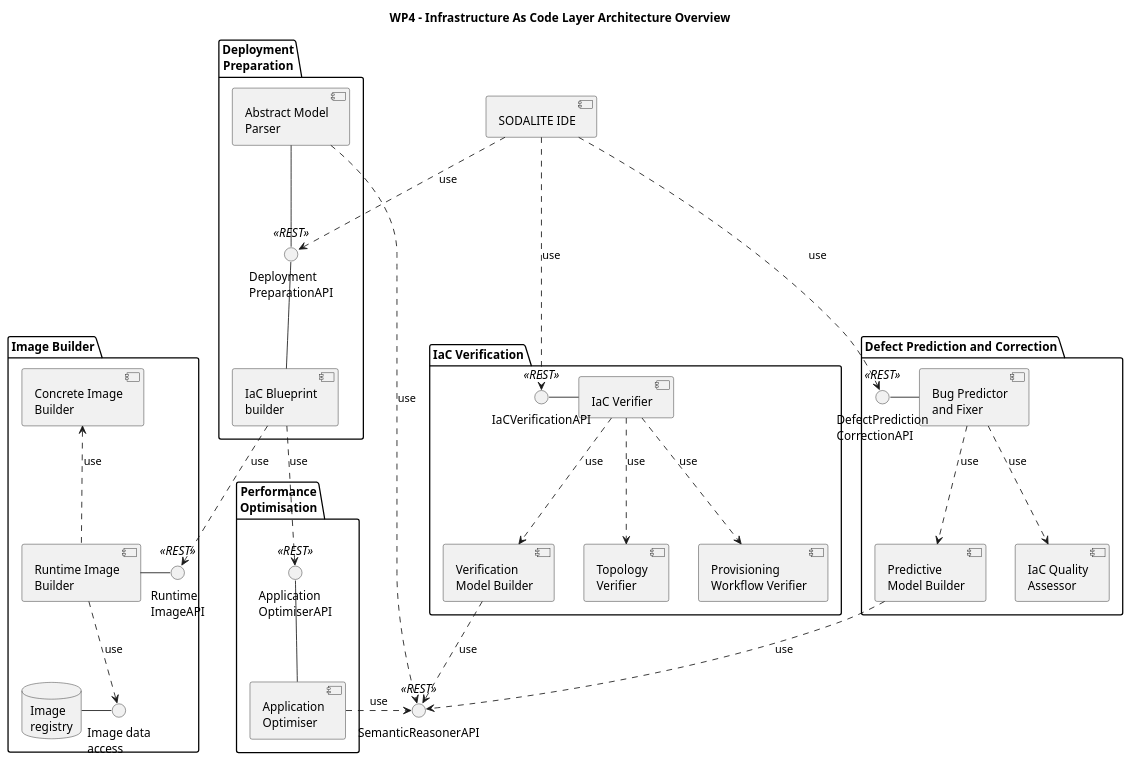
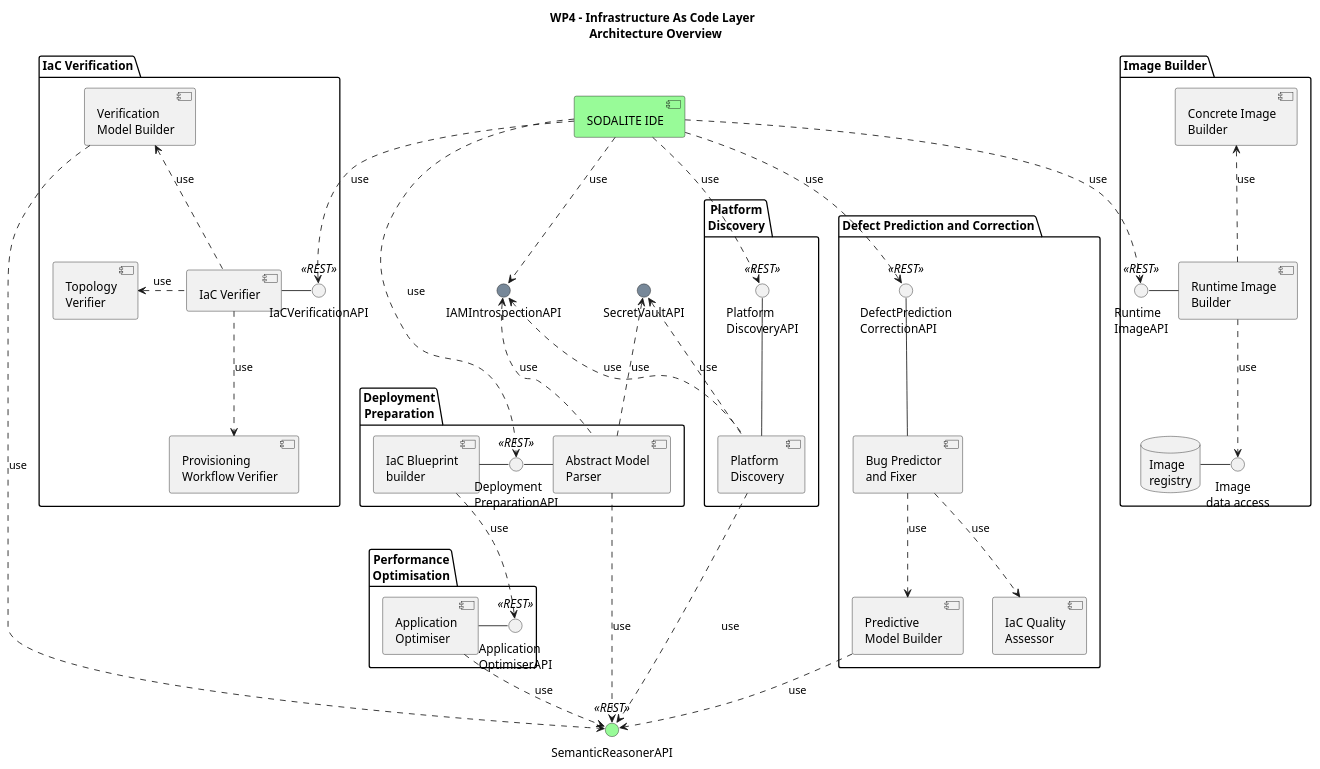
One commit to SODALITE-EU/project-wide-documentation changed the diagram in uml/component-diagrams/CD-WP4-ArchitectureOverview.puml. Above: the diagram before and after it, drawn with PlantUML.

Commit message:
Update iac-management diagrams Fixes #4

```diff
--- a/uml/component-diagrams/CD-WP4-ArchitectureOverview.puml
+++ b/uml/component-diagrams/CD-WP4-ArchitectureOverview.puml
@@ -1,75 +1,91 @@
 @startuml
 
-title WP4 - Infrastructure As Code Layer Architecture Overview
+title WP4 - Infrastructure As Code Layer \n Architecture Overview
 
 'reference to WP3
-interface "SemanticReasonerAPI" <<REST>> as repoEndpoint
+interface "SecretVaultAPI" as VaultAPI #LightSlateGrey
+component "SODALITE IDE" as cSIDE #PaleGreen
 
-component "SODALITE IDE" as cSIDE
+'security APIs
+interface "SemanticReasonerAPI" <<REST>> as repoEndpoint #PaleGreen
+interface "IAMIntrospectionAPI" as IAMApi #LightSlateGrey
 
+'WP4 components and packages
 package "Deployment\nPreparation" as pDP {
     component [Abstract Model\nParser] as cAbstractModelParser
     component [IaC Blueprint\nbuilder] as cIaCBlueprintBuilder
     interface "Deployment\nPreparationAPI" <<REST>> as iBluePrintGeneratorAPI
+    cAbstractModelParser -l- iBluePrintGeneratorAPI
+    cIaCBlueprintBuilder -r- iBluePrintGeneratorAPI    
 }
 
 package "Image Builder" {
     component [Runtime Image\nBuilder] as cRuntimeImageBuilder
     component [Concrete Image\nBuilder] as cConcreteImageBuilder
     interface "Runtime\nImageAPI" <<REST>> as iRuntimeImageBuilder
     cRuntimeImageBuilder - iRuntimeImageBuilder
     cRuntimeImageBuilder .u.> cConcreteImageBuilder: use
     database "Image\nregistry" as dIR
-    interface "Image data\naccess" as iIRDataAccess
-
+    interface "   Image\ndata access" as iIRDataAccess
 }
 
 package "IaC Verification" as pIV {
     component [IaC Verifier] as cIaCVerifier
     interface "IaCVerificationAPI" <<REST>> as iIaCVerifier
-    cIaCVerifier -l- iIaCVerifier
+    cIaCVerifier -r- iIaCVerifier
     component [Verification\nModel Builder] as cVerificationModelBuilder
     component [Topology\nVerifier] as cTopologyVerifier
     component [Provisioning\nWorkflow Verifier] as cProvisioningWorkflowVerifier
+    cIaCVerifier .u.> cVerificationModelBuilder:use
+    cIaCVerifier .l.> cTopologyVerifier:use
+    cIaCVerifier .d.> cProvisioningWorkflowVerifier:use
 }
 
 package "Defect Prediction and Correction" as pDPC {
     component [Bug Predictor\nand Fixer ] as cBugPredictorAndFixer
     interface "DefectPrediction\nCorrectionAPI" <<REST>> as iBugPredictorAndFixer
-    cBugPredictorAndFixer -l- iBugPredictorAndFixer
+    cBugPredictorAndFixer -u- iBugPredictorAndFixer
     component [Predictive\nModel Builder] as cPredictiveModelBuilder
     component [IaC Quality\nAssessor] as cIaCQualityAssessor
 }
 
 package "Performance\nOptimisation" as packagePO {
     component "Application\nOptimiser" as cApplicationOptimiser
     interface "Application\nOptimiserAPI" <<REST>> as iApplicationOptimiser
-    cApplicationOptimiser -u- iApplicationOptimiser
+    cApplicationOptimiser -r- iApplicationOptimiser
 }
 
-cAbstractModelParser -d- iBluePrintGeneratorAPI
-cIaCBlueprintBuilder -u- iBluePrintGeneratorAPI
 
+package "Platform\nDiscovery" as packagePD {
+    component "Platform\nDiscovery" as cPlatformDiscovery
+    interface "Platform\nDiscoveryAPI" <<REST>> as iPlatformDiscovery
+    cPlatformDiscovery -u- iPlatformDiscovery
+}
 
 cAbstractModelParser .r.> repoEndpoint: use
 cSIDE ..> iBluePrintGeneratorAPI: use
 cSIDE ..> iIaCVerifier: use
 cSIDE ..> iBugPredictorAndFixer: use
+cSIDE ..> iPlatformDiscovery: use
+cSIDE .d.> IAMApi:use
+'cSIDE ..> VaultAPI:use
 
 cIaCBlueprintBuilder ..> iApplicationOptimiser: use
+cSIDE ..> iRuntimeImageBuilder: use
 
 dIR - iIRDataAccess
 cRuntimeImageBuilder ..> iIRDataAccess: use
-cIaCBlueprintBuilder ..> iRuntimeImageBuilder: use
-
-cIaCVerifier ..> cVerificationModelBuilder:use
-cIaCVerifier ..> cTopologyVerifier:use
-cIaCVerifier ..> cProvisioningWorkflowVerifier:use
 
 cBugPredictorAndFixer ..> cIaCQualityAssessor:use
 cBugPredictorAndFixer ..> cPredictiveModelBuilder:use
 cPredictiveModelBuilder ..> repoEndpoint:use
 cVerificationModelBuilder ..> repoEndpoint:use
 cApplicationOptimiser .r.> repoEndpoint:use
+cPlatformDiscovery ..> repoEndpoint:use
+
+cPlatformDiscovery .u.> IAMApi:use
+cPlatformDiscovery .u.> VaultAPI:use
+cAbstractModelParser .u.> IAMApi:use
+cAbstractModelParser .u.> VaultAPI:use
 
 @enduml
```
